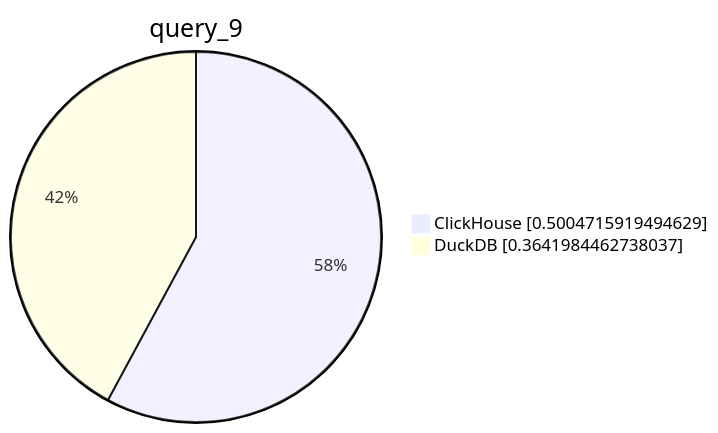
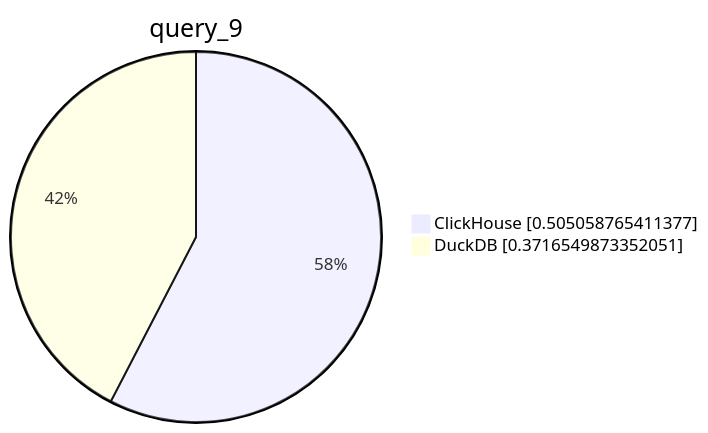
The tenth of 10 diagrams in parquet/performance/performance_reports/results.md (Altinity/clickhouse-regression), drawn with Mermaid before and after one commit. The commit also changed other lines of this file and 2 other files, not shown here.

````diff
--- a/parquet/performance/performance_reports/results.md
+++ b/parquet/performance/performance_reports/results.md
@@ -76,6 +76,6 @@
 ```mermaid
      pie showData
          title query_9
-         "ClickHouse" : 0.5004715919494629
-         "DuckDB" : 0.3641984462738037
+         "ClickHouse" : 0.505058765411377
+         "DuckDB" : 0.3716549873352051
 ```
````
